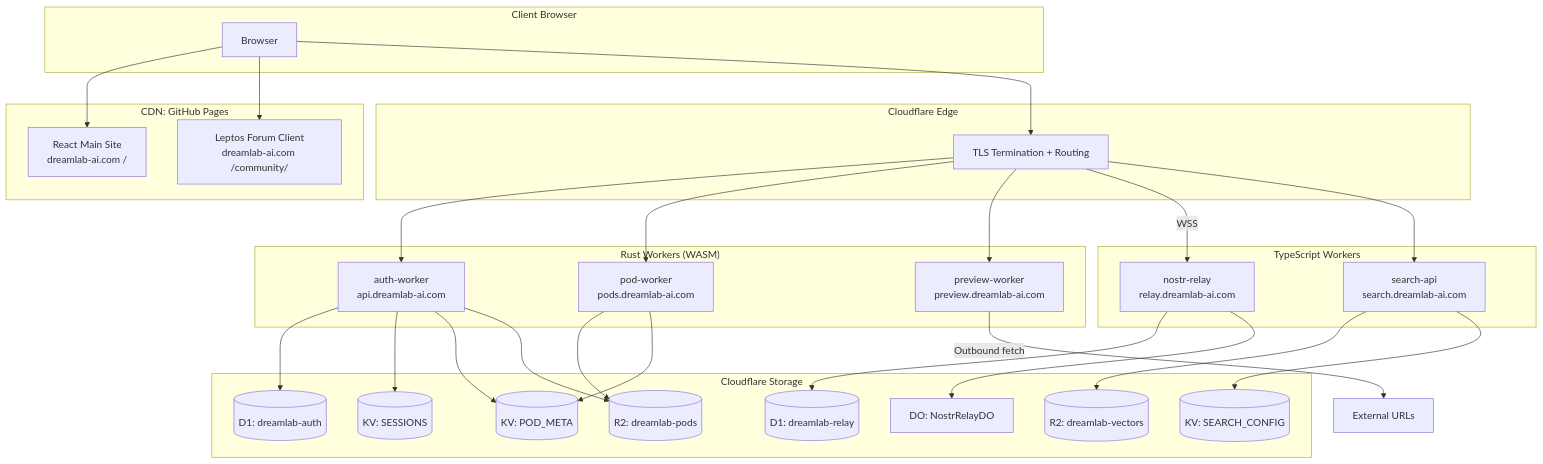
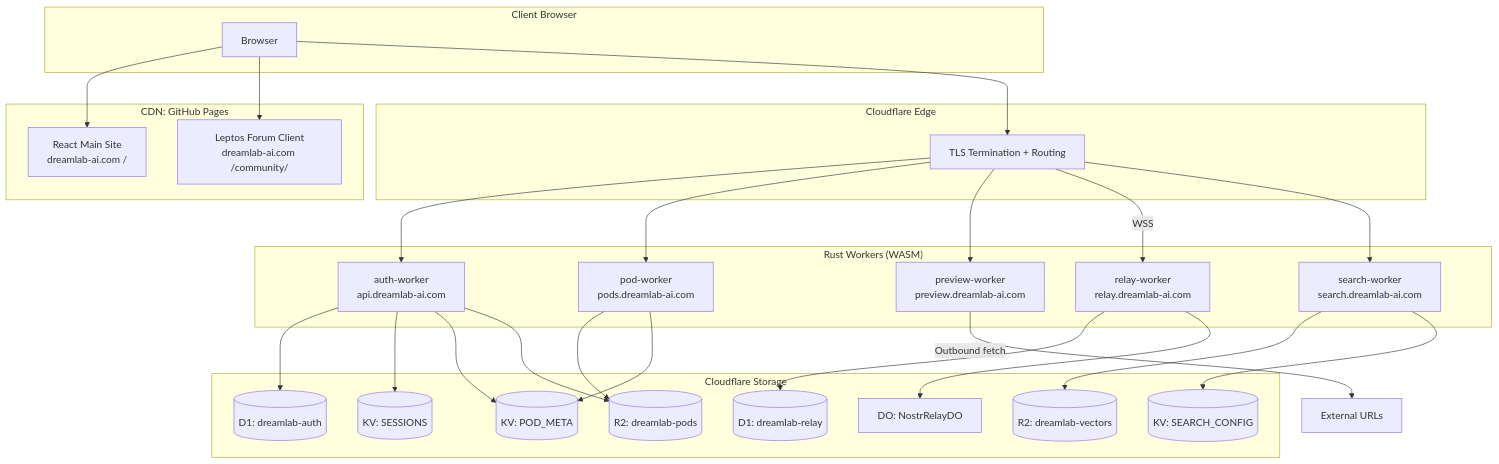
The first of 3 diagrams in docs/deployment/README.md (DreamLab-AI/dreamlab-ai-website), drawn with Mermaid before and after one commit. The commit also changed other lines of this file and 32 other files, not shown here.

First line of the commit message:
Update docs, add nostr-relay scripts, tweak Index.tsx

````diff
--- a/docs/deployment/README.md
+++ b/docs/deployment/README.md
@@ -22,63 +22,60 @@
 ```mermaid
 graph TB
     subgraph "Client Browser"
         BROWSER[Browser]
     end
 
     subgraph "CDN: GitHub Pages"
         REACT[React Main Site<br/>dreamlab-ai.com /]
         LEPTOS[Leptos Forum Client<br/>dreamlab-ai.com /community/]
     end
 
     subgraph "Cloudflare Edge"
         CF_EDGE[TLS Termination + Routing]
     end
 
     subgraph "Rust Workers (WASM)"
         AUTH_W[auth-worker<br/>api.dreamlab-ai.com]
         POD_W[pod-worker<br/>pods.dreamlab-ai.com]
         PREVIEW_W[preview-worker<br/>preview.dreamlab-ai.com]
-    end
-
-    subgraph "TypeScript Workers"
-        RELAY_W[nostr-relay<br/>relay.dreamlab-ai.com]
-        SEARCH_W[search-api<br/>search.dreamlab-ai.com]
+        RELAY_W[relay-worker<br/>relay.dreamlab-ai.com]
+        SEARCH_W[search-worker<br/>search.dreamlab-ai.com]
     end
 
     subgraph "Cloudflare Storage"
         D1_AUTH[(D1: dreamlab-auth)]
         D1_RELAY[(D1: dreamlab-relay)]
         KV_SESSIONS[(KV: SESSIONS)]
         KV_POD_META[(KV: POD_META)]
         KV_SEARCH[(KV: SEARCH_CONFIG)]
         R2_PODS[(R2: dreamlab-pods)]
         R2_VECTORS[(R2: dreamlab-vectors)]
         DO[DO: NostrRelayDO]
     end
 
     BROWSER --> REACT
     BROWSER --> LEPTOS
     BROWSER --> CF_EDGE
 
     CF_EDGE --> AUTH_W
     CF_EDGE --> POD_W
     CF_EDGE --> PREVIEW_W
     CF_EDGE -- "WSS" --> RELAY_W
     CF_EDGE --> SEARCH_W
 
     AUTH_W --> D1_AUTH
     AUTH_W --> KV_SESSIONS
     AUTH_W --> KV_POD_META
     AUTH_W --> R2_PODS
 
     POD_W --> R2_PODS
     POD_W --> KV_POD_META
 
     PREVIEW_W -- "Outbound fetch" --> EXTERNAL[External URLs]
 
     RELAY_W --> D1_RELAY
     RELAY_W --> DO
 
     SEARCH_W --> R2_VECTORS
     SEARCH_W --> KV_SEARCH
 ```
````
